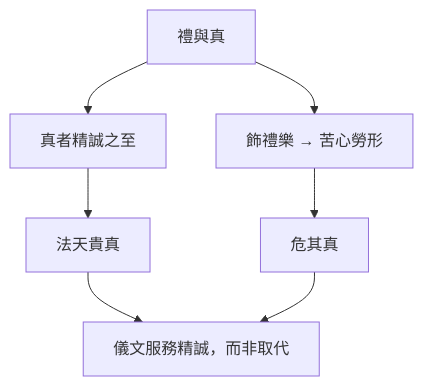
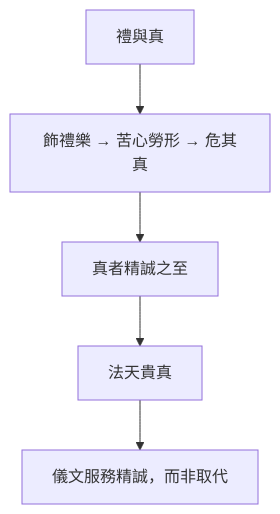
The second of 2 diagrams in content/chapters/03-雜篇/31-漁父.md (show0621/zhuangzi-atlas), drawn with Mermaid before and after one commit. The commit also changed other lines of this file and 35 other files, not shown here.

First line of the commit message:
fix(print): 全書心智圖改單欄並獨頁放大

````diff
--- a/content/chapters/03-雜篇/31-漁父.md
+++ b/content/chapters/03-雜篇/31-漁父.md
@@ -287,9 +287,8 @@
 ```mermaid
 flowchart TB
-  Q[禮與真] --> F[飾禮樂 → 苦心勞形]
-  F --> C[危其真]
-  Q --> Z[真者精誠之至]
-  Z --> T[法天貴真]
-  T --> R[儀文服務精誠，而非取代]
-  C --> R
+  Q["禮與真"]
+  Q --> F["飾禮樂 → 苦心勞形 → 危其真"]
+  F --> Z["真者精誠之至"]
+  Z --> T["法天貴真"]
+  T --> R["儀文服務精誠，而非取代"]
 ```
````
